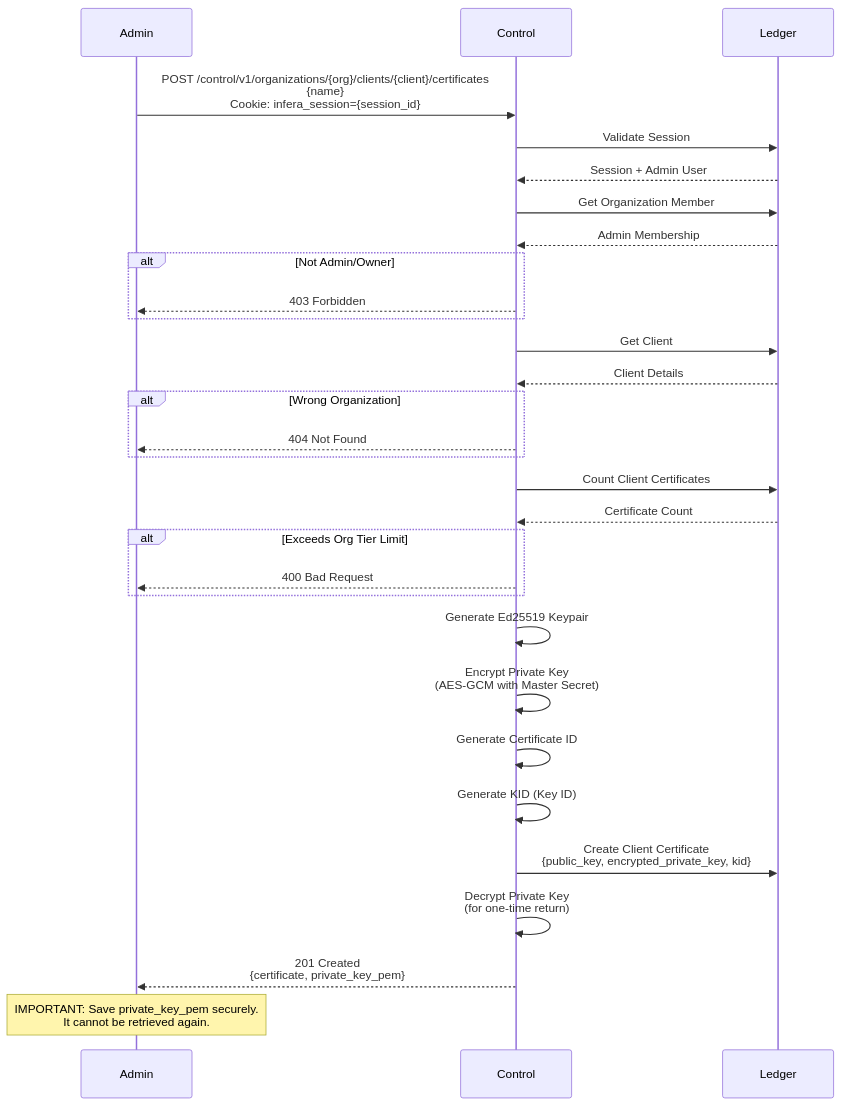
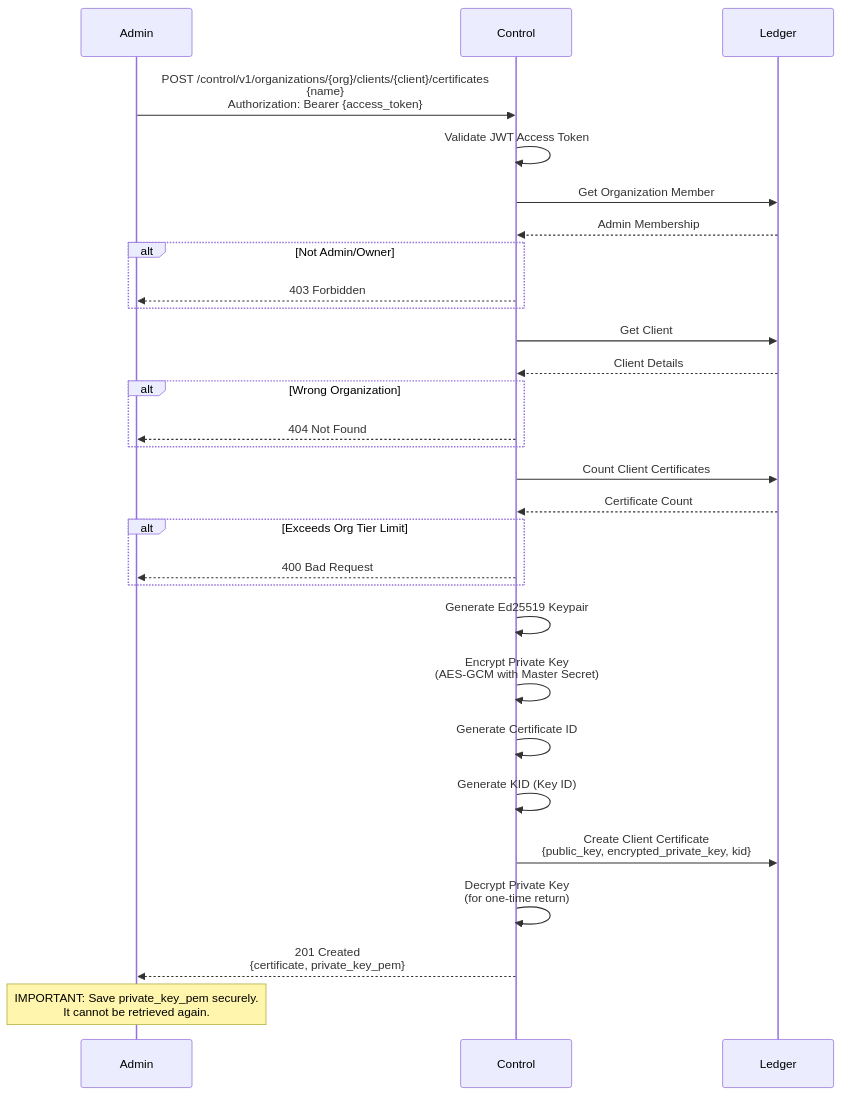
The fifth of 10 diagrams in docs/flows.md (inferadb/control), drawn with Mermaid before and after one commit. The commit also changed other lines of this file and 46 other files, not shown here.

````diff
--- a/docs/flows.md
+++ b/docs/flows.md
@@ -219,45 +160,44 @@
 ```mermaid
 sequenceDiagram
     participant Admin
     participant API as Control
     participant DB as Ledger
 
-    Admin->>API: POST /control/v1/organizations/{org}/clients/{client}/certificates<br/>{name}<br/>Cookie: infera_session={session_id}
+    Admin->>API: POST /control/v1/organizations/{org}/clients/{client}/certificates<br/>{name}<br/>Authorization: Bearer {access_token}
 
-    API->>DB: Validate Session
-    DB-->>API: Session + Admin User
+    API->>API: Validate JWT Access Token
 
     API->>DB: Get Organization Member
     DB-->>API: Admin Membership
 
     alt Not Admin/Owner
         API-->>Admin: 403 Forbidden
     end
 
     API->>DB: Get Client
     DB-->>API: Client Details
 
     alt Wrong Organization
         API-->>Admin: 404 Not Found
     end
 
     API->>DB: Count Client Certificates
     DB-->>API: Certificate Count
 
     alt Exceeds Org Tier Limit
         API-->>Admin: 400 Bad Request
     end
 
     API->>API: Generate Ed25519 Keypair
     API->>API: Encrypt Private Key<br/>(AES-GCM with Master Secret)
     API->>API: Generate Certificate ID
     API->>API: Generate KID (Key ID)
 
     API->>DB: Create Client Certificate<br/>{public_key, encrypted_private_key, kid}
 
     API->>API: Decrypt Private Key<br/>(for one-time return)
 
     API-->>Admin: 201 Created<br/>{certificate, private_key_pem}
 
     Note over Admin: IMPORTANT: Save private_key_pem securely.<br/>It cannot be retrieved again.
 ```
````
